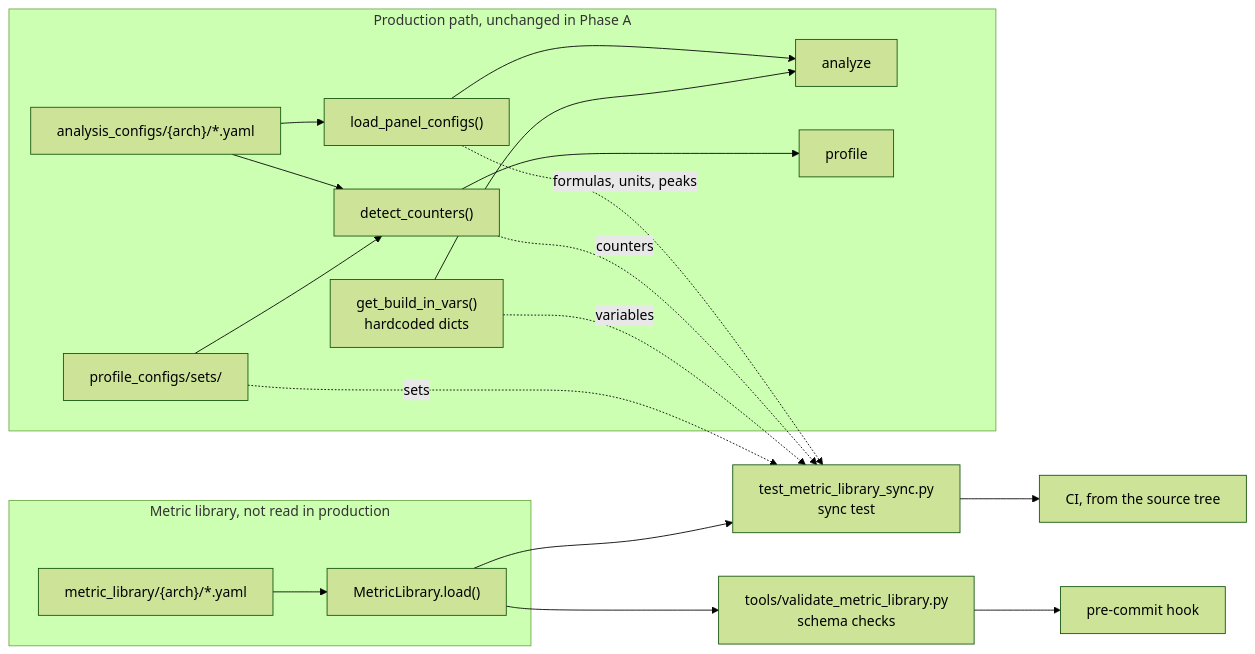
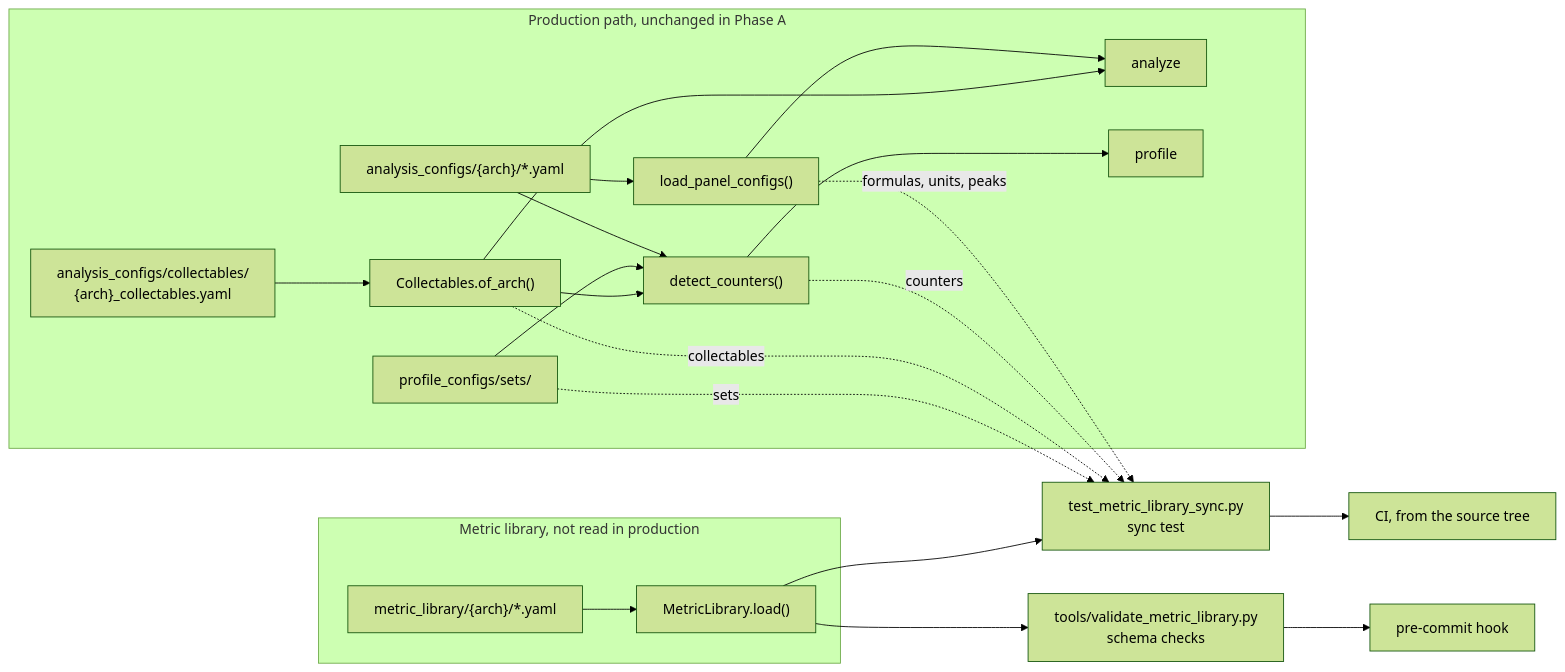
Before and after one commit to Styx85/rocm-systems: the first of 2 diagrams in projects/rocprofiler-compute/docs/design/analysis-config-redesign/lld-phase-a-metric-library.md, drawn with Mermaid (forest theme). The commit also changed other lines of this file and 2 other files, not shown here.

First line of the commit message:
docs(rocprofiler-compute): Describe single-pass collectables in the LLDs

````diff
--- a/projects/rocprofiler-compute/docs/design/analysis-config-redesign/lld-phase-a-metric-library.md
+++ b/projects/rocprofiler-compute/docs/design/analysis-config-redesign/lld-phase-a-metric-library.md
@@ -328,32 +332,34 @@
 ```mermaid
 flowchart LR
     subgraph prod["Production path, unchanged in Phase A"]
         PY["analysis_configs/{arch}/*.yaml"]
         SETS["profile_configs/sets/"]
         LPC["load_panel_configs()"]
         DC["detect_counters()"]
-        GBV["get_build_in_vars()<br/>hardcoded dicts"]
+        COL["analysis_configs/collectables/<br/>{arch}_collectables.yaml"]
+        CO["Collectables.of_arch()"]
         AN["analyze"]
         PR["profile"]
         PY --> LPC --> AN
         PY --> DC --> PR
         SETS --> DC
-        GBV --> AN
+        COL --> CO --> AN
+        CO --> DC
     end
     subgraph lib["Metric library, not read in production"]
         ML["metric_library/{arch}/*.yaml"]
         LML["MetricLibrary.load()"]
         ML --> LML
     end
     VAL["tools/validate_metric_library.py<br/>schema checks"]
     HOOK["pre-commit hook"]
     SYNC["test_metric_library_sync.py<br/>sync test"]
     CI["CI, from the source tree"]
     LML --> VAL --> HOOK
     LML --> SYNC
     LPC -.->|"formulas, units, peaks"| SYNC
     DC -.->|counters| SYNC
-    GBV -.->|variables| SYNC
+    CO -.->|collectables| SYNC
     SETS -.->|sets| SYNC
     SYNC --> CI
 ```
````
